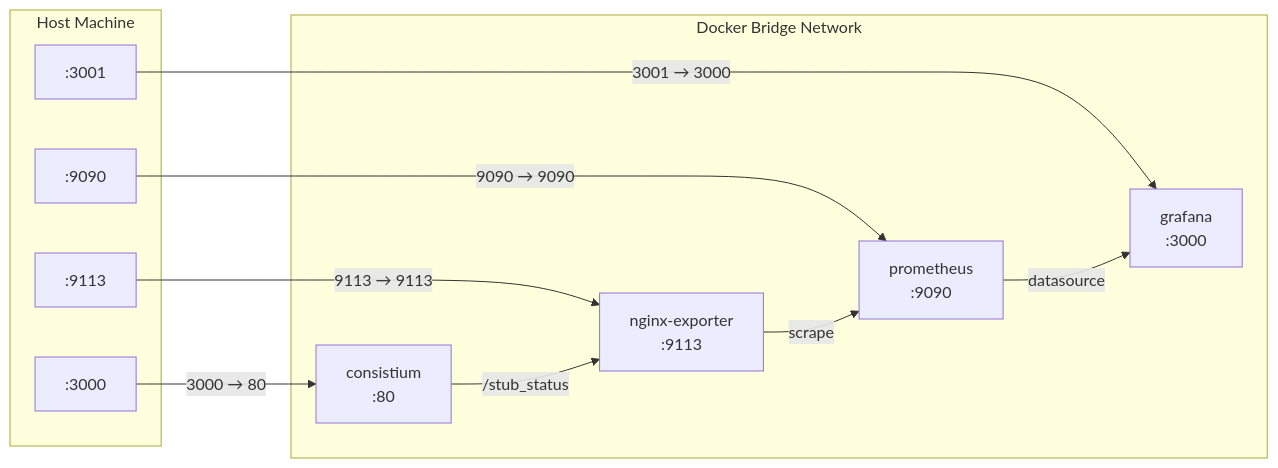
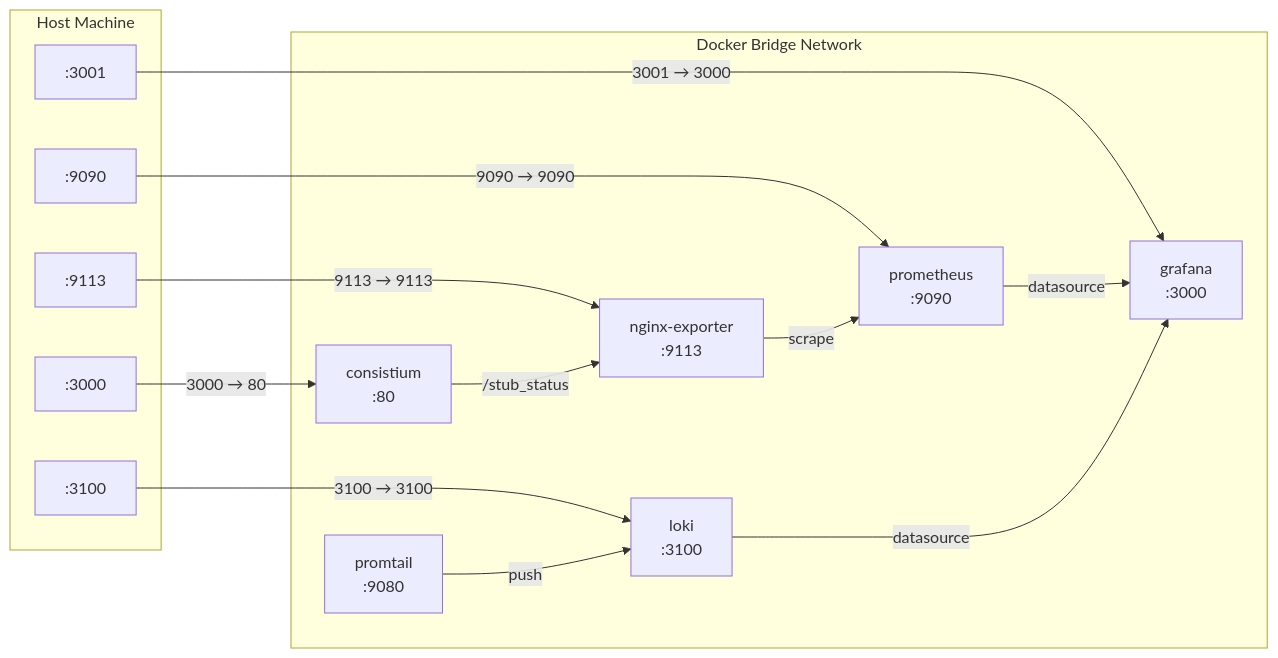
One commit to Kalpanapramodya97/consistium changed the second of 2 diagrams in docs/devops/architecture.md. Above: the diagram before and after it, drawn with Mermaid. The commit also changed other lines of this file and 1 other file, not shown here.

````diff
--- a/docs/devops/architecture.md
+++ b/docs/devops/architecture.md
@@ -169,25 +183,32 @@
 ```mermaid
 graph LR
     subgraph Host["Host Machine"]
         P3000[":3000"]
         P9090[":9090"]
         P9113[":9113"]
         P3001[":3001"]
+        P3100[":3100"]
     end
 
     subgraph Docker["Docker Bridge Network"]
         C80["consistium<br/>:80"]
         E9113["nginx-exporter<br/>:9113"]
         PR9090["prometheus<br/>:9090"]
         G3000["grafana<br/>:3000"]
+        L3100["loki<br/>:3100"]
+        PT9080["promtail<br/>:9080"]
     end
 
     P3000 -->|"3000 → 80"| C80
     P9113 -->|"9113 → 9113"| E9113
     P9090 -->|"9090 → 9090"| PR9090
     P3001 -->|"3001 → 3000"| G3000
 
     C80 -->|"/stub_status"| E9113
     E9113 -->|"scrape"| PR9090
     PR9090 -->|"datasource"| G3000
+
+    P3100 -->|"3100 → 3100"| L3100
+    PT9080 -->|"push"| L3100
+    L3100 -->|"datasource"| G3000
 ```
````
